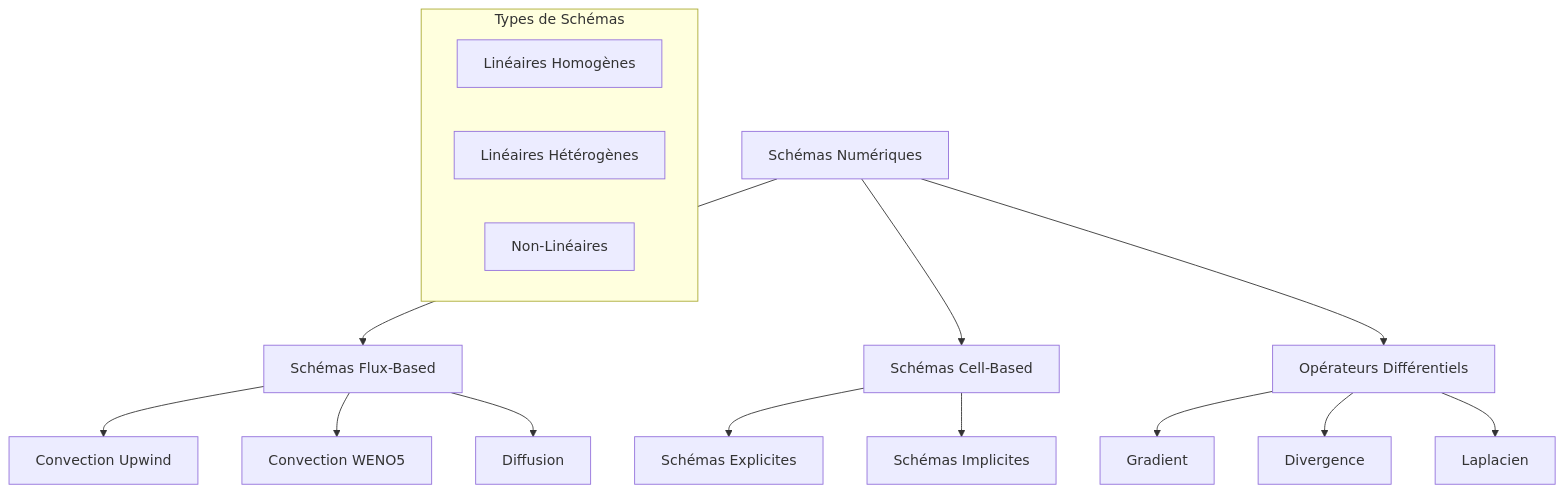
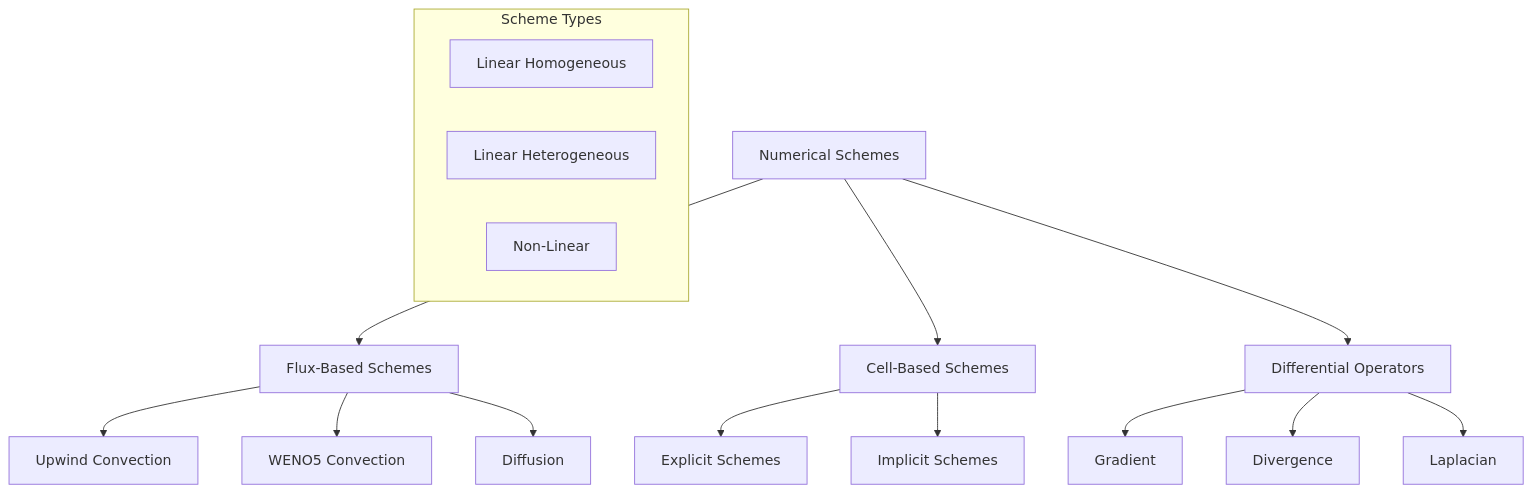
One commit to sbstndb/samurai changed the first of 19 diagrams in docs/numerical_schemes.md. Above: the diagram before and after it, drawn with Mermaid. The commit also changed other lines of this file and 8 other files, not shown here.

````diff
--- a/docs/numerical_schemes.md
+++ b/docs/numerical_schemes.md
@@ -9,23 +9,23 @@
 ```mermaid
 graph TB
-    A[Schémas Numériques] --> B[Schémas Flux-Based]
-    A --> C[Schémas Cell-Based]
-    A --> D[Opérateurs Différentiels]
+    A[Numerical Schemes] --> B[Flux-Based Schemes]
+    A --> C[Cell-Based Schemes]
+    A --> D[Differential Operators]
     
-    B --> E[Convection Upwind]
-    B --> F[Convection WENO5]
+    B --> E[Upwind Convection]
+    B --> F[WENO5 Convection]
     B --> G[Diffusion]
     
-    C --> H[Schémas Explicites]
-    C --> I[Schémas Implicites]
+    C --> H[Explicit Schemes]
+    C --> I[Implicit Schemes]
     
     D --> J[Gradient]
     D --> K[Divergence]
-    D --> L[Laplacien]
+    D --> L[Laplacian]
     
-    subgraph "Types de Schémas"
-        M[Linéaires Homogènes]
-        N[Linéaires Hétérogènes]
-        O[Non-Linéaires]
+    subgraph "Scheme Types"
+        M[Linear Homogeneous]
+        N[Linear Heterogeneous]
+        O[Non-Linear]
     end
 ```
````
